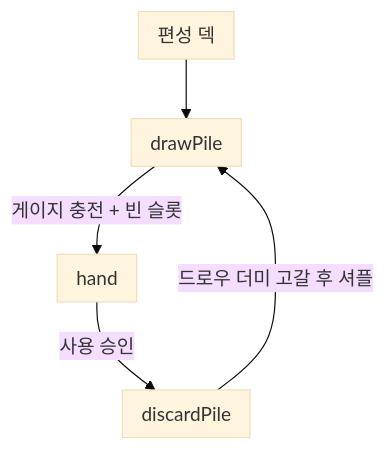
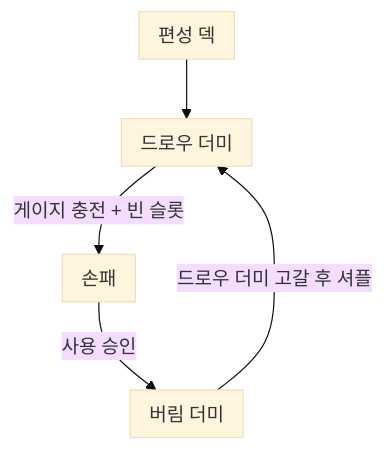
One commit to keeeery/portfolio changed the fourth of 10 diagrams in src/3-Arcanist/TechDoc_Arcanist.md. Above: the diagram before and after it, drawn with Mermaid (base theme). The commit also changed other lines of this file and 5 other files, not shown here.

````diff
--- a/src/3-Arcanist/TechDoc_Arcanist.md
+++ b/src/3-Arcanist/TechDoc_Arcanist.md
@@ -349,10 +343,10 @@
 ```mermaid
 %%{init: {"flowchart": {"padding": 8}}}%%
 flowchart TB
-    Deck[편성 덱] --> Draw[drawPile]
-    Draw -->|게이지 충전 + 빈 슬롯| Hand[hand]
-    Hand -->|사용 승인| Discard[discardPile]
+    Deck[편성 덱] --> Draw[드로우 더미]
+    Draw -->|게이지 충전 + 빈 슬롯| Hand[손패]
+    Hand -->|사용 승인| Discard[버림 더미]
     Discard -->|드로우 더미 고갈 후 셔플| Draw
 %% 격자: Deck | Draw | Hand | Discard
 %% 화살표 Discard -> Draw: 나감=오른쪽 들어감=오른쪽 거리=84
 ```
````
